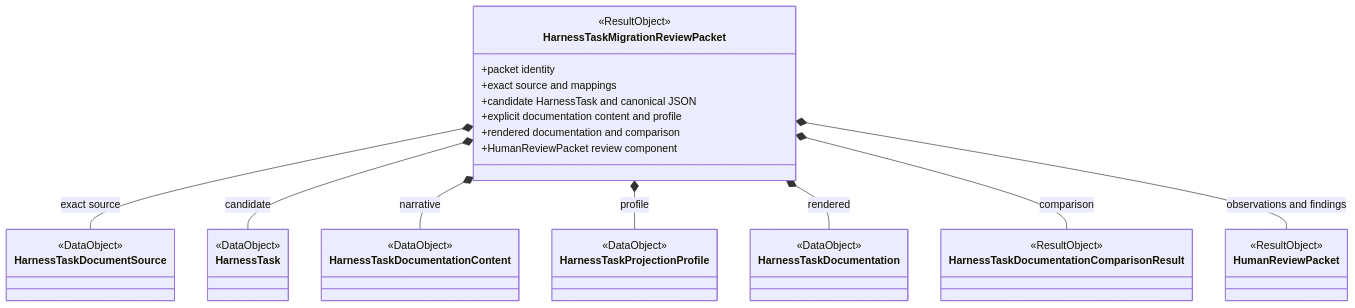
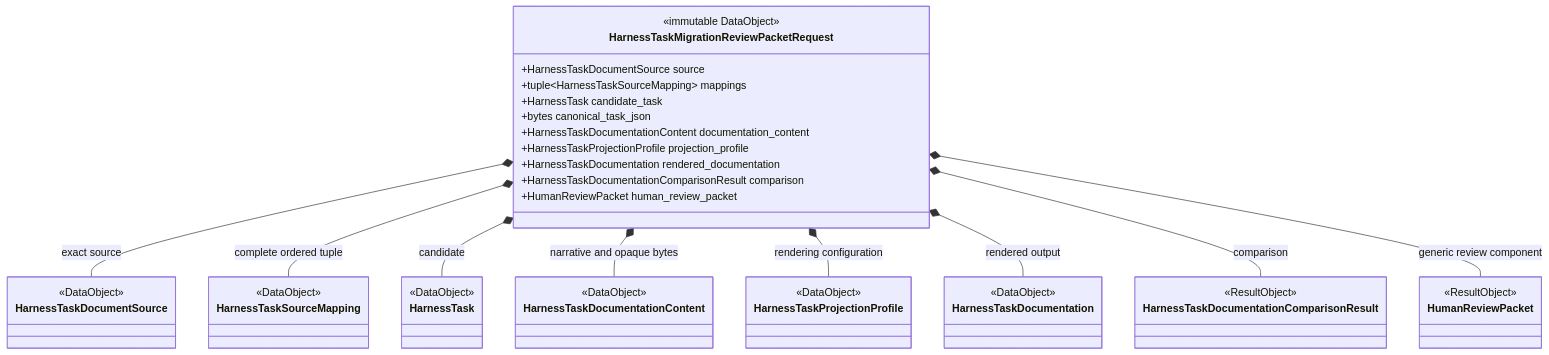
Diagram 15 of 20 in docs/harness/ksdft2effmass.harness.002.001.010.md (eragasa/ksdft2effmass), drawn with Mermaid before and after one commit. The commit also changed other lines of this file and 6 other files, not shown here.

Commit message:
correct migration packet preparation proposal

````diff
--- a/docs/harness/ksdft2effmass.harness.002.001.010.md
+++ b/docs/harness/ksdft2effmass.harness.002.001.010.md
@@ -473,40 +491,47 @@
 ```mermaid
 classDiagram
-    class HarnessTaskMigrationReviewPacket {
-        <<ResultObject>>
-        +packet identity
-        +exact source and mappings
-        +candidate HarnessTask and canonical JSON
-        +explicit documentation content and profile
-        +rendered documentation and comparison
-        +HumanReviewPacket review component
+    class HarnessTaskMigrationReviewPacketRequest {
+        <<immutable DataObject>>
+        +HarnessTaskDocumentSource source
+        +tuple~HarnessTaskSourceMapping~ mappings
+        +HarnessTask candidate_task
+        +bytes canonical_task_json
+        +HarnessTaskDocumentationContent documentation_content
+        +HarnessTaskProjectionProfile projection_profile
+        +HarnessTaskDocumentation rendered_documentation
+        +HarnessTaskDocumentationComparisonResult comparison
+        +HumanReviewPacket human_review_packet
     }
     class HarnessTaskDocumentSource {
+        <<DataObject>>
+    }
+    class HarnessTaskSourceMapping {
         <<DataObject>>
     }
     class HarnessTask {
         <<DataObject>>
     }
     class HarnessTaskDocumentationContent {
         <<DataObject>>
     }
     class HarnessTaskProjectionProfile {
         <<DataObject>>
     }
     class HarnessTaskDocumentation {
         <<DataObject>>
     }
     class HarnessTaskDocumentationComparisonResult {
         <<ResultObject>>
     }
     class HumanReviewPacket {
         <<ResultObject>>
     }
-    HarnessTaskMigrationReviewPacket *-- HarnessTaskDocumentSource : exact source
-    HarnessTaskMigrationReviewPacket *-- HarnessTask : candidate
-    HarnessTaskMigrationReviewPacket *-- HarnessTaskDocumentationContent : narrative
-    HarnessTaskMigrationReviewPacket *-- HarnessTaskProjectionProfile : profile
-    HarnessTaskMigrationReviewPacket *-- HarnessTaskDocumentation : rendered
-    HarnessTaskMigrationReviewPacket *-- HarnessTaskDocumentationComparisonResult : comparison
-    HarnessTaskMigrationReviewPacket *-- HumanReviewPacket : observations and findings
+    HarnessTaskMigrationReviewPacketRequest *-- HarnessTaskDocumentSource : exact source
+    HarnessTaskMigrationReviewPacketRequest *-- HarnessTaskSourceMapping : complete ordered tuple
+    HarnessTaskMigrationReviewPacketRequest *-- HarnessTask : candidate
+    HarnessTaskMigrationReviewPacketRequest *-- HarnessTaskDocumentationContent : narrative and opaque bytes
+    HarnessTaskMigrationReviewPacketRequest *-- HarnessTaskProjectionProfile : rendering configuration
+    HarnessTaskMigrationReviewPacketRequest *-- HarnessTaskDocumentation : rendered output
+    HarnessTaskMigrationReviewPacketRequest *-- HarnessTaskDocumentationComparisonResult : comparison
+    HarnessTaskMigrationReviewPacketRequest *-- HumanReviewPacket : generic review component
 ```
````
